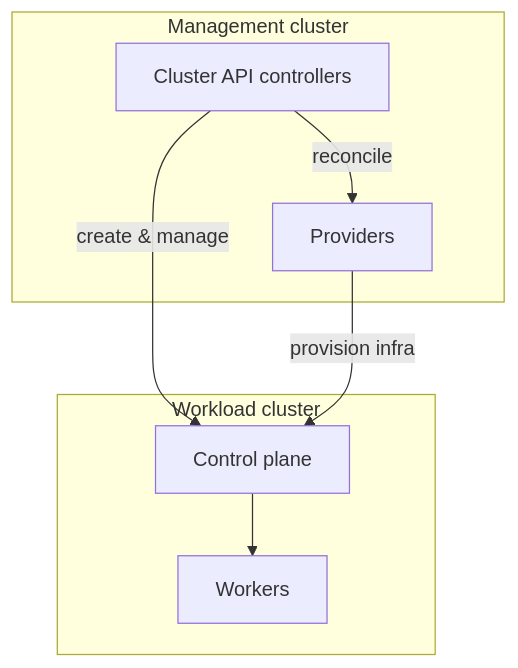
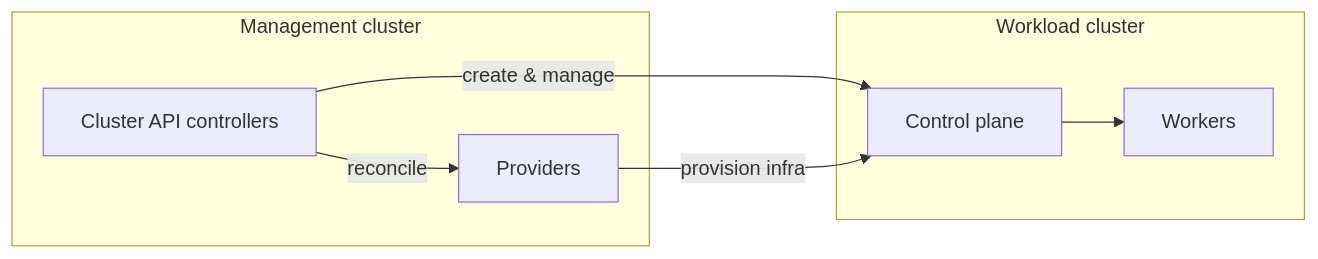
One commit to nicholasdille/container-slides changed the first of 6 diagrams in 120_kubernetes/cluster-api/slides.md. Above: the diagram before and after it, drawn with Mermaid. The commit also changed other lines of this file and 4 other files, not shown here.

````diff
--- a/120_kubernetes/cluster-api/slides.md
+++ b/120_kubernetes/cluster-api/slides.md
@@ -34,17 +50,17 @@
 ```mermaid
-flowchart TB
+flowchart LR
     subgraph Management[Management cluster]
         CAPI[Cluster API controllers]
         Prov[Providers]
     end
 
     subgraph Workload[Workload cluster]
         CP[Control plane]
         W1[Workers]
     end
 
     CAPI -->|reconcile| Prov
     CAPI -->|create & manage| CP
     Prov -->|provision infra| CP
     CP --> W1
 ```
````
